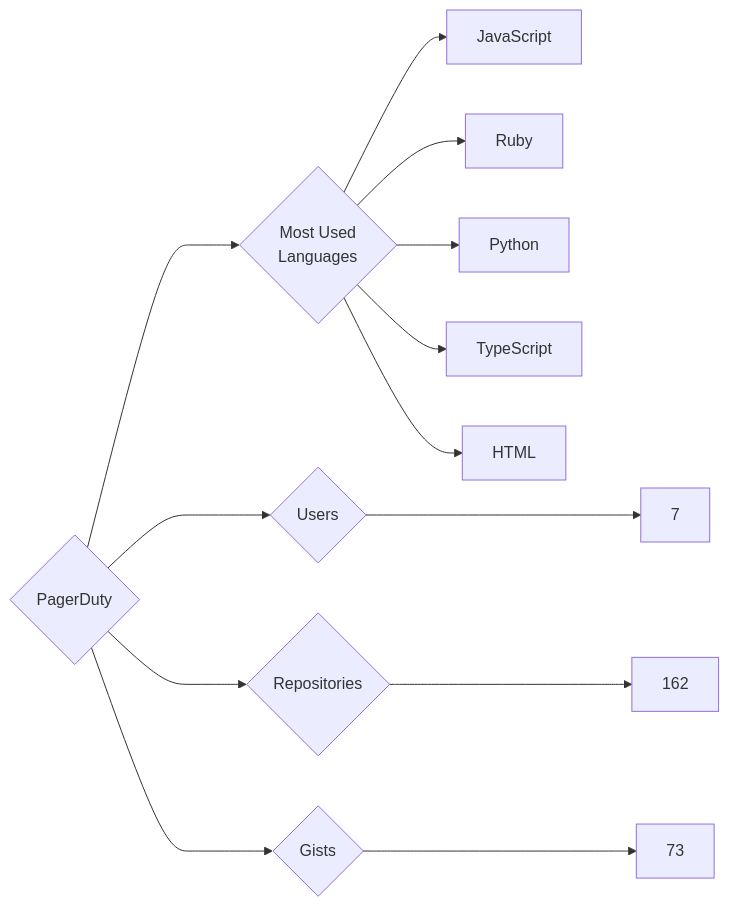
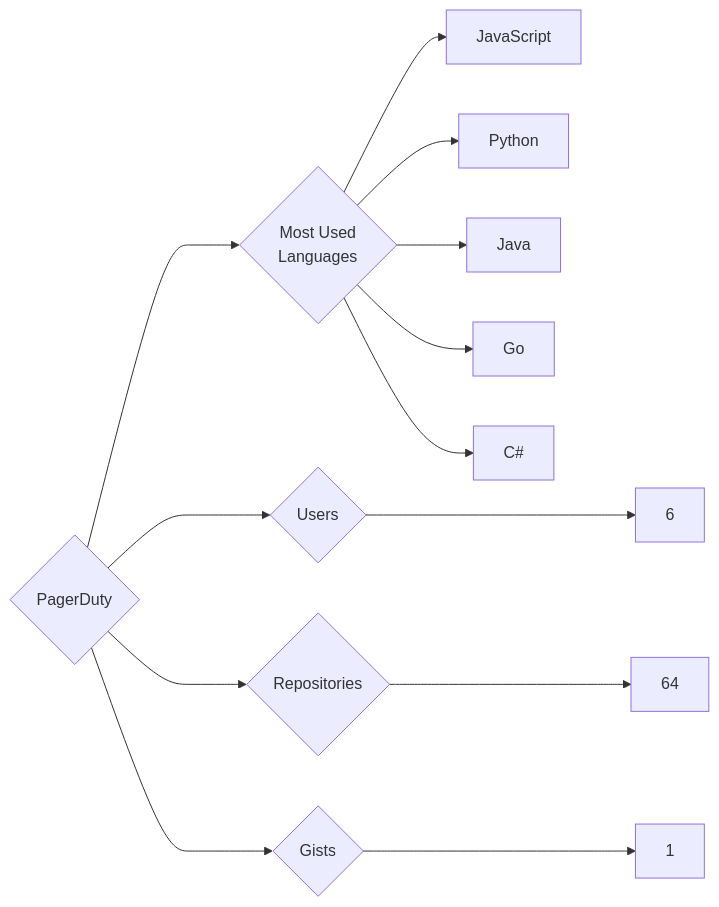
One commit to trickest/insiders changed the diagram in targets/PagerDuty/README.md. Above: the diagram before and after it, drawn with Mermaid. The commit also changed 1496 other files, not shown here.

````diff
--- a/targets/PagerDuty/README.md
+++ b/targets/PagerDuty/README.md
@@ -3,13 +3,13 @@
 ```mermaid
 graph LR
 COMPANY_NAME{PagerDuty}
-COMPANY_NAME ---> U{Users} ---> UN[7]
-COMPANY_NAME ---> R{Repositories} ---> RN[162]
-COMPANY_NAME ---> G{Gists} ---> GN[73]
+COMPANY_NAME ---> U{Users} ---> UN[6]
+COMPANY_NAME ---> R{Repositories} ---> RN[64]
+COMPANY_NAME ---> G{Gists} ---> GN[1]
 COMPANY_NAME ---> ML{Most Used<br>Languages}
 ML --> JavaScript[JavaScript]
-ML --> Ruby[Ruby]
 ML --> Python[Python]
-ML --> TypeScript[TypeScript]
-ML --> HTML[HTML]
+ML --> Java[Java]
+ML --> Go[Go]
+ML --> C#[C#]
 ```
````
